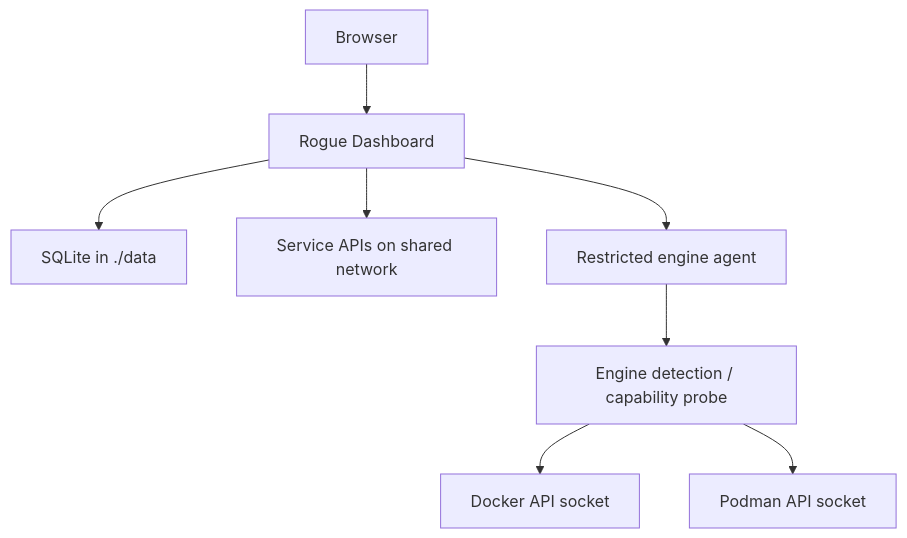
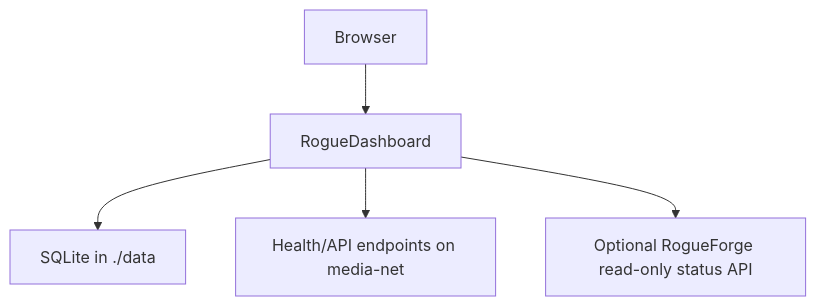
One commit to RogueAssassin/RogueDashboard changed the diagram in docs/ARCHITECTURE.md. Above: the diagram before and after it, drawn with Mermaid. The commit also changed other lines of this file, not shown here.

Commit message:
Update architecture for socket-free RogueDashboard

````diff
--- a/docs/ARCHITECTURE.md
+++ b/docs/ARCHITECTURE.md
@@ -16,10 +16,7 @@
 ```mermaid
 flowchart TD
-    Browser["Browser"] --> App["Rogue Dashboard"]
-    App --> SQLite["SQLite in ./data"]
-    App --> Integrations["Service APIs on shared network"]
-    App --> Agent["Restricted engine agent"]
-    Agent --> Detect["Engine detection / capability probe"]
-    Detect --> Docker["Docker API socket"]
-    Detect --> Podman["Podman API socket"]
+    Browser["Browser"] --> Dashboard["RogueDashboard"]
+    Dashboard --> SQLite["SQLite in ./data"]
+    Dashboard --> Services["Health/API endpoints on media-net"]
+    Dashboard --> RogueForge["Optional RogueForge read-only status API"]
 ```
````
